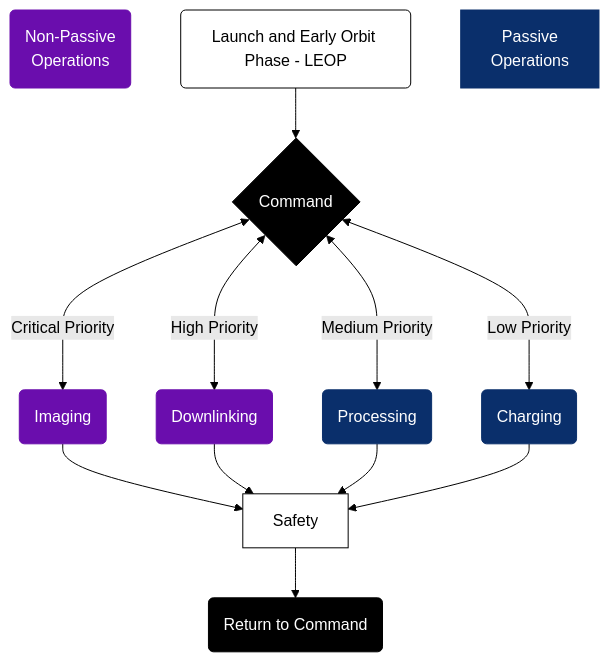
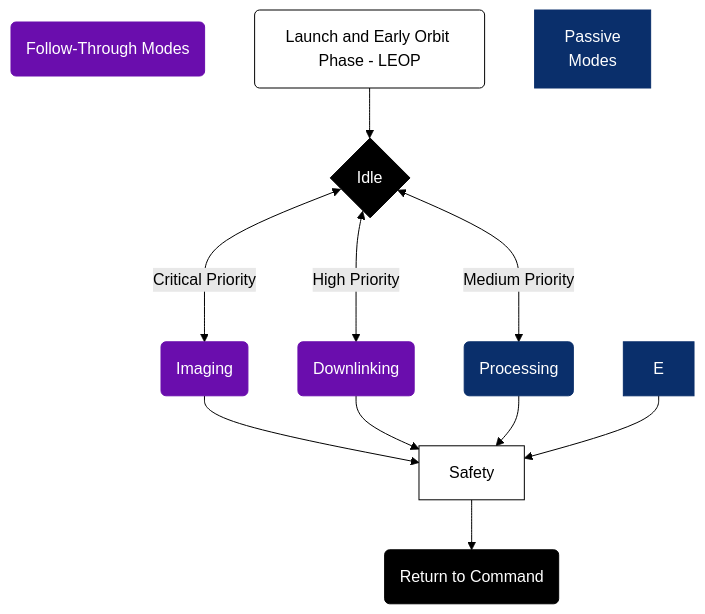
The diagram in concept of operations/modes-of-operation.md (utat-ss/FINCH-sequence-diagrams), drawn with Mermaid (forest theme) before and after one commit.

````diff
--- a/concept of operations/modes-of-operation.md
+++ b/concept of operations/modes-of-operation.md
@@ -3,29 +3,27 @@
 ```mermaid
 
 flowchart
- K(Non-Passive
- Operations)
+ K(Follow-Through Modes)
  Z(Launch and Early Orbit Phase - LEOP) -->
- A{Command} <---> |Critical Priority|B(Imaging)
+ A{Idle} <---> |Critical Priority|B(Imaging)
  A <---> |High Priority|C(Downlinking)
  A <---> |Medium Priority|D(Processing)
- A <---> |Low Priority|E(Charging)
  B --> Y
  C -->Y[Safety]
  D -->Y
  E -->Y
  R[Passive
- Operations]
+ Modes]
  Y --> S(Return to Command)
 style Z fill:#FFFFFF,stroke:#000000,color:#000000
 style A fill:#000000,stroke:#000000,color:#FFFFFF
 style B fill:#6A0DAD,stroke:#6A0DAD,color:#FFFFFF
 style C fill:#6A0DAD,stroke:#6A0DAD,color:#FFFFFF
 style D fill:#0A2F6B,stroke:#0A2F6B,color:#FFFFFF
 style E fill:#0A2F6B,stroke:#0A2F6B,color:#FFFFFF
 style Y fill:#FFFFFF,stroke:#000000,color:#000000
 style S fill:#000000,stroke:#000000,color:#FFFFFF
 style K fill:#6A0DAD,stroke:#6A0DAD,color:#FFFFFF
 style R fill:#0A2F6B,stroke:#0A2F6B,color:#FFFFFF
 
 ```
````
